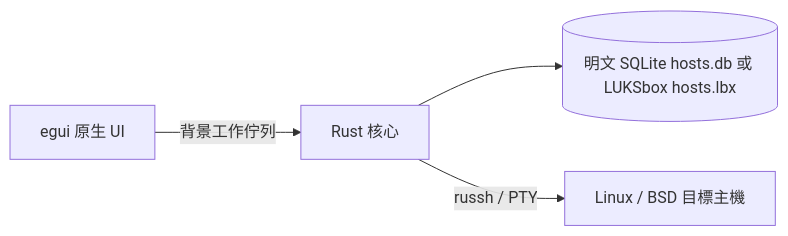
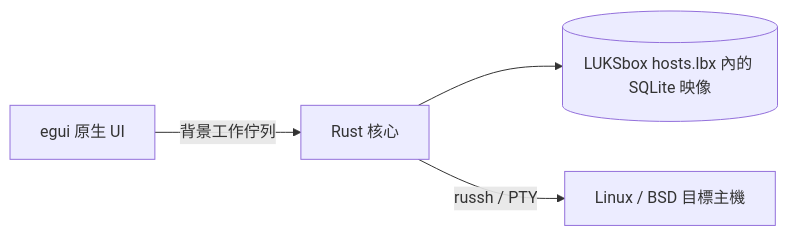
One commit to Sparxilium-Network/MISF-Management-Terminal changed the diagram in docs/architecture.md. Above: the diagram before and after it, drawn with Mermaid. The commit also changed other lines of this file and 9 other files, not shown here.

````diff
--- a/docs/architecture.md
+++ b/docs/architecture.md
@@ -9,6 +9,6 @@
 ```mermaid
 flowchart LR
     UI[egui 原生 UI] -->|背景工作佇列| Core[Rust 核心]
-    Core --> Store[(明文 SQLite hosts.db 或 LUKSbox hosts.lbx)]
+    Core --> Store[(LUKSbox hosts.lbx 內的 SQLite 映像)]
     Core -->|russh / PTY| Host[Linux / BSD 目標主機]
 ```
````
